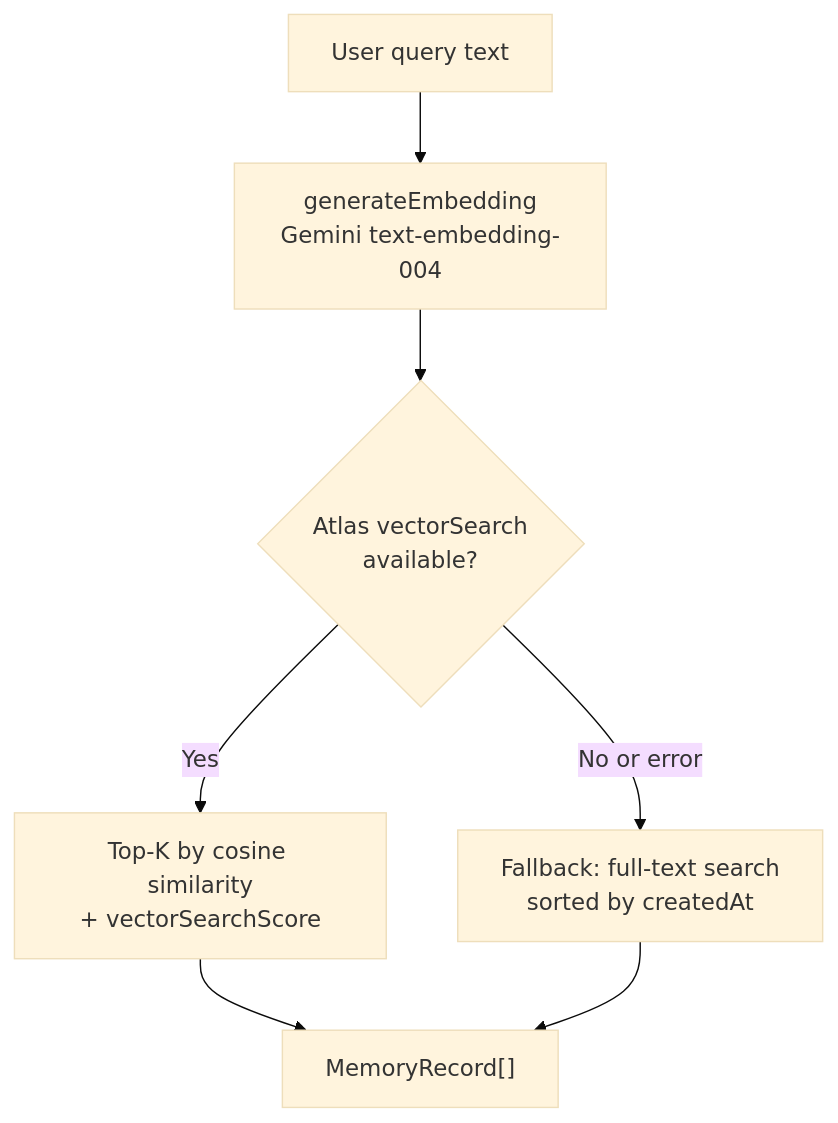
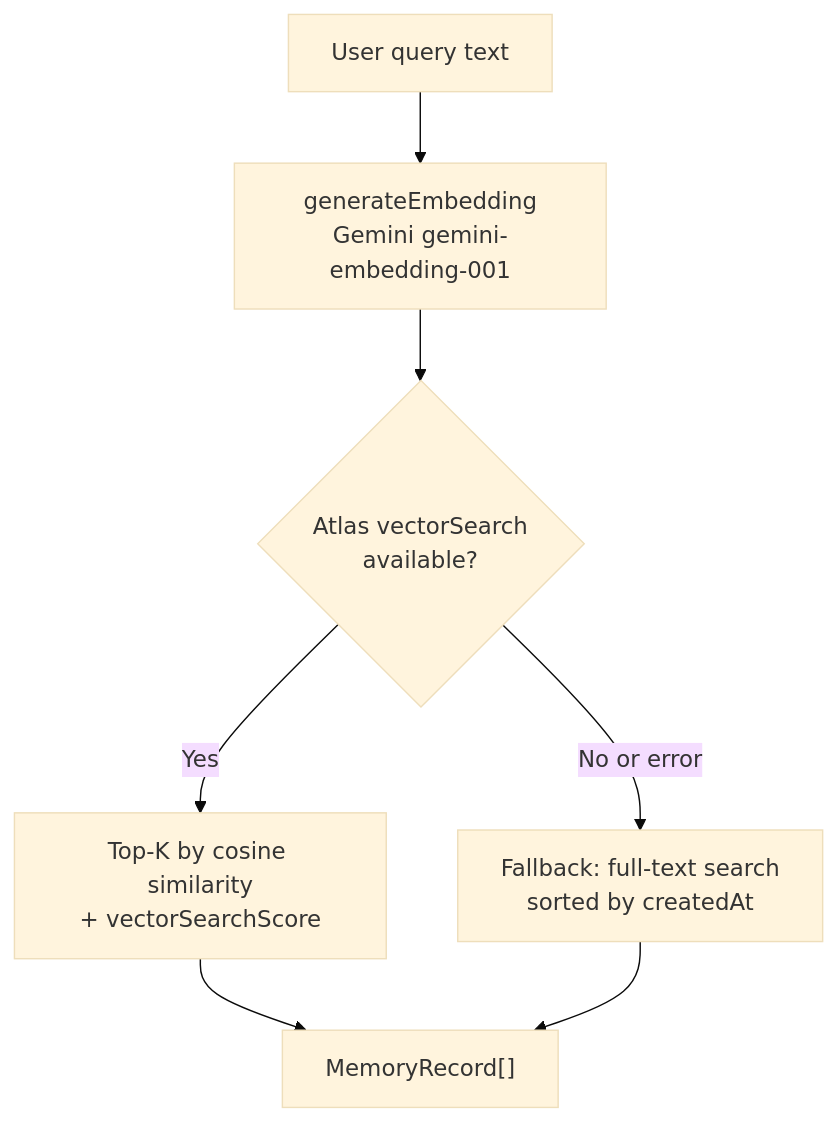
Before and after one commit to muhammad-hameed-ai/FounderAI: the fourth of 6 diagrams in README.md, drawn with Mermaid (base theme). The commit also changed other lines of this file and 7 other files, not shown here.

````diff
--- a/README.md
+++ b/README.md
@@ -357,9 +357,9 @@
 ```mermaid
 flowchart TD
-    Q["User query text"] --> EMB["generateEmbedding\nGemini text-embedding-004"]
+    Q["User query text"] --> EMB["generateEmbedding\nGemini gemini-embedding-001"]
     EMB --> VS{"Atlas vectorSearch\navailable?"}
     VS -->|Yes| VR["Top-K by cosine similarity\n+ vectorSearchScore"]
     VS -->|No or error| FT["Fallback: full-text search\nsorted by createdAt"]
     VR --> OUT["MemoryRecord[]"]
     FT --> OUT
 ```
````
